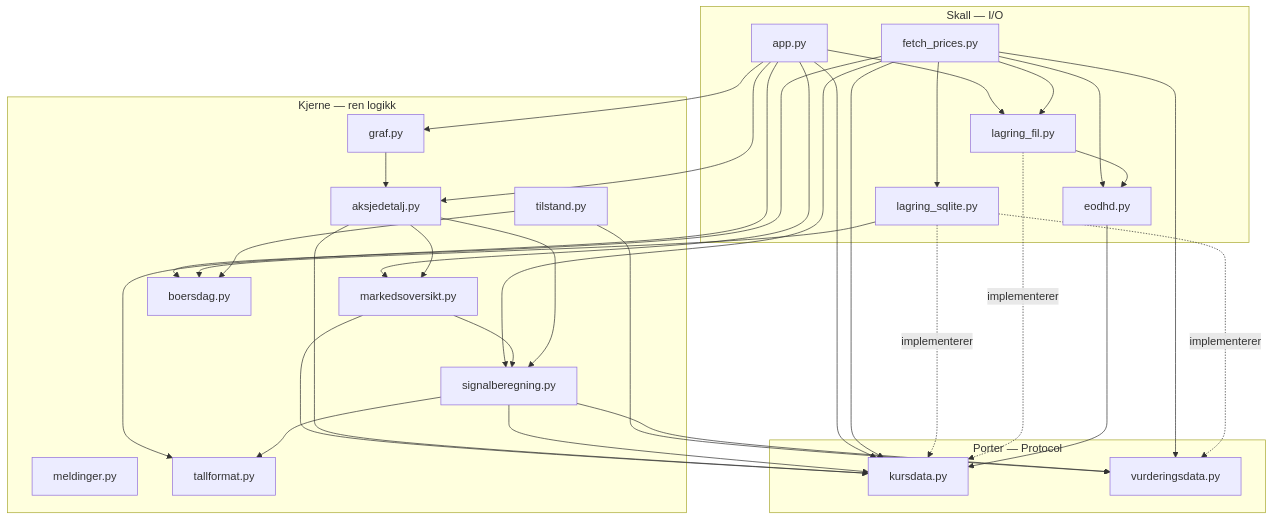
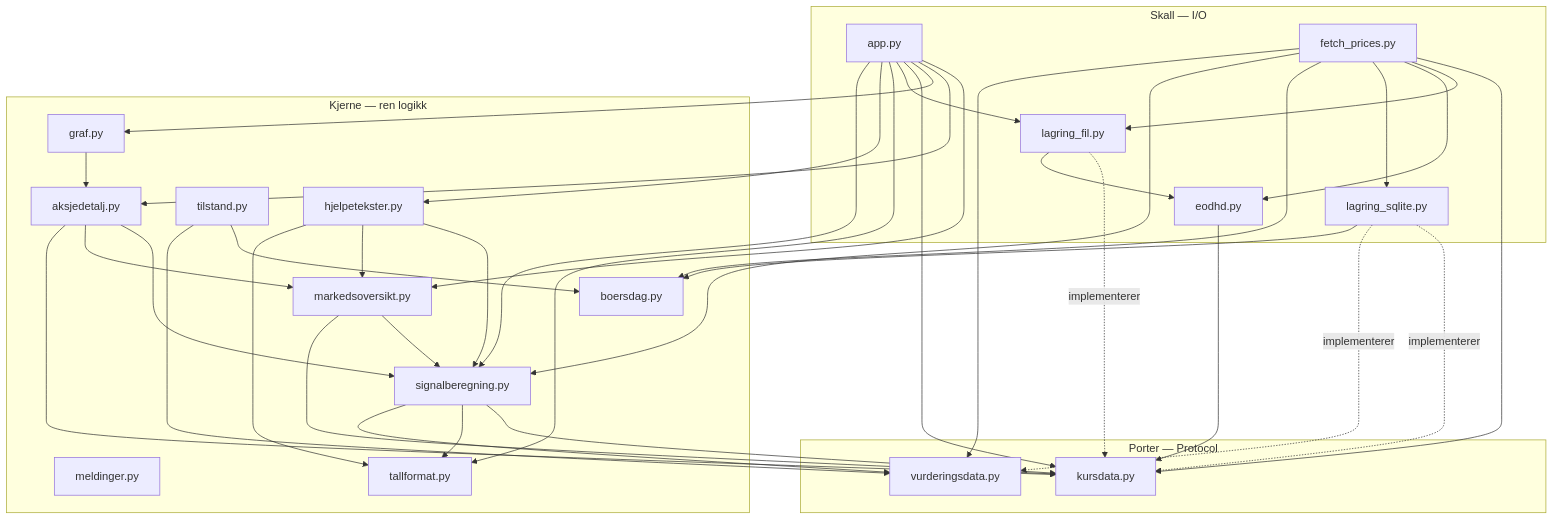
Before and after one commit to IBE160-2026/G74-lund-osen: the first of 3 diagrams in _bmad-output/planning-artifacts/architecture/architecture-G74-lund-osen-2026-09-22/ARCHITECTURE-SPINE.md, drawn with Mermaid. The commit also changed other lines of this file and 16 other files, not shown here.

````diff
--- a/_bmad-output/planning-artifacts/architecture/architecture-G74-lund-osen-2026-09-22/ARCHITECTURE-SPINE.md
+++ b/_bmad-output/planning-artifacts/architecture/architecture-G74-lund-osen-2026-09-22/ARCHITECTURE-SPINE.md
@@ -65,55 +65,61 @@
 ```mermaid
 graph TD
     subgraph skall["Skall — I/O"]
         app["app.py"]
         fetch["fetch_prices.py"]
         sqlite["lagring_sqlite.py"]
         fil["lagring_fil.py"]
         eodhd["eodhd.py"]
     end
     subgraph porter["Porter — Protocol"]
         kursdata["kursdata.py"]
         vurdering["vurderingsdata.py"]
     end
     subgraph kjerne["Kjerne — ren logikk"]
         marked["markedsoversikt.py"]
         detalj["aksjedetalj.py"]
         graf["graf.py"]
         signal["signalberegning.py"]
         meld["meldinger.py"]
         boersdag["boersdag.py"]
         tilstand["tilstand.py"]
         tallformat["tallformat.py"]
+        hjelp["hjelpetekster.py"]
     end
 
     app --> marked
     app --> detalj
     app --> graf
     app --> kursdata
     app --> fil
     app --> tallformat
+    app --> hjelp
+    app --> signal
     fetch --> kursdata
     fetch --> fil
     fetch --> eodhd
     fetch --> sqlite
     fetch --> boersdag
     fetch --> signal
     fetch --> vurdering
     sqlite -. implementerer .-> kursdata
     sqlite -. implementerer .-> vurdering
     sqlite --> boersdag
     tilstand --> boersdag
     tilstand --> vurdering
     fil -. implementerer .-> kursdata
     fil --> eodhd
     eodhd --> kursdata
     marked --> signal
     marked --> kursdata
     detalj --> signal
     detalj --> marked
     detalj --> kursdata
     graf --> detalj
     signal --> kursdata
     signal --> tallformat
     signal --> vurdering
+    hjelp --> signal
+    hjelp --> marked
+    hjelp --> tallformat
 ```
````
